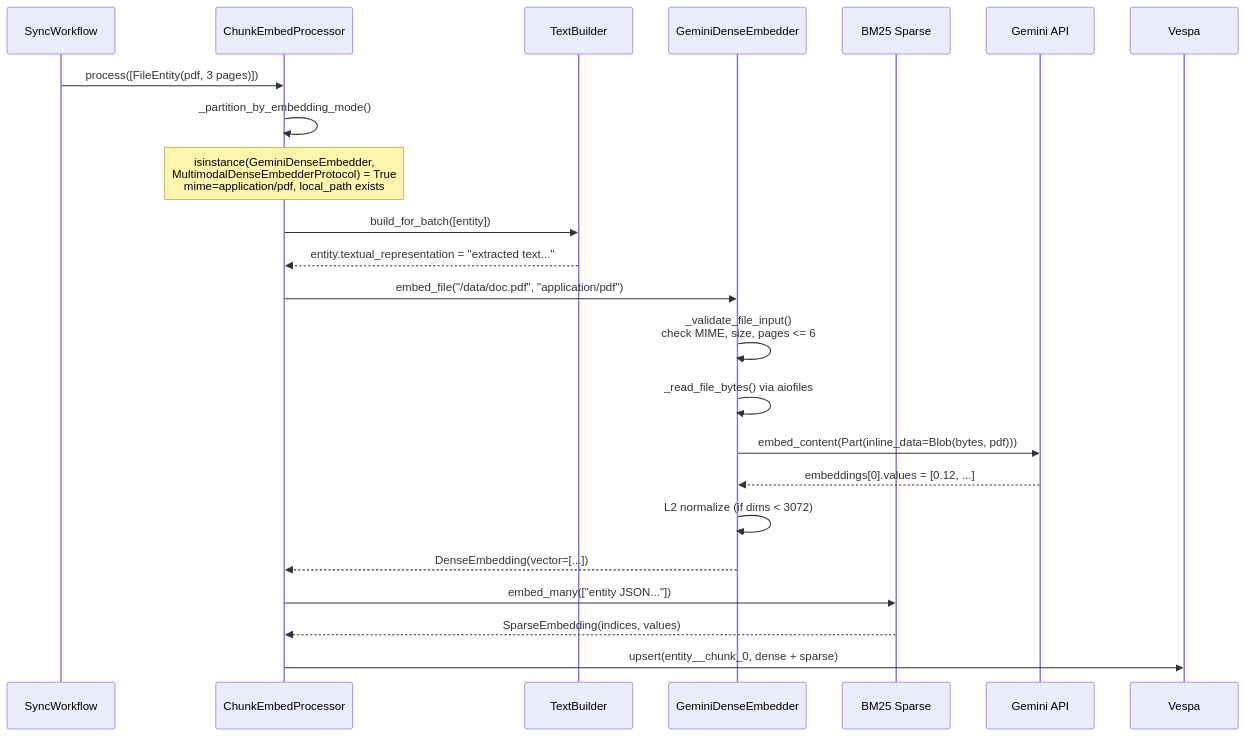
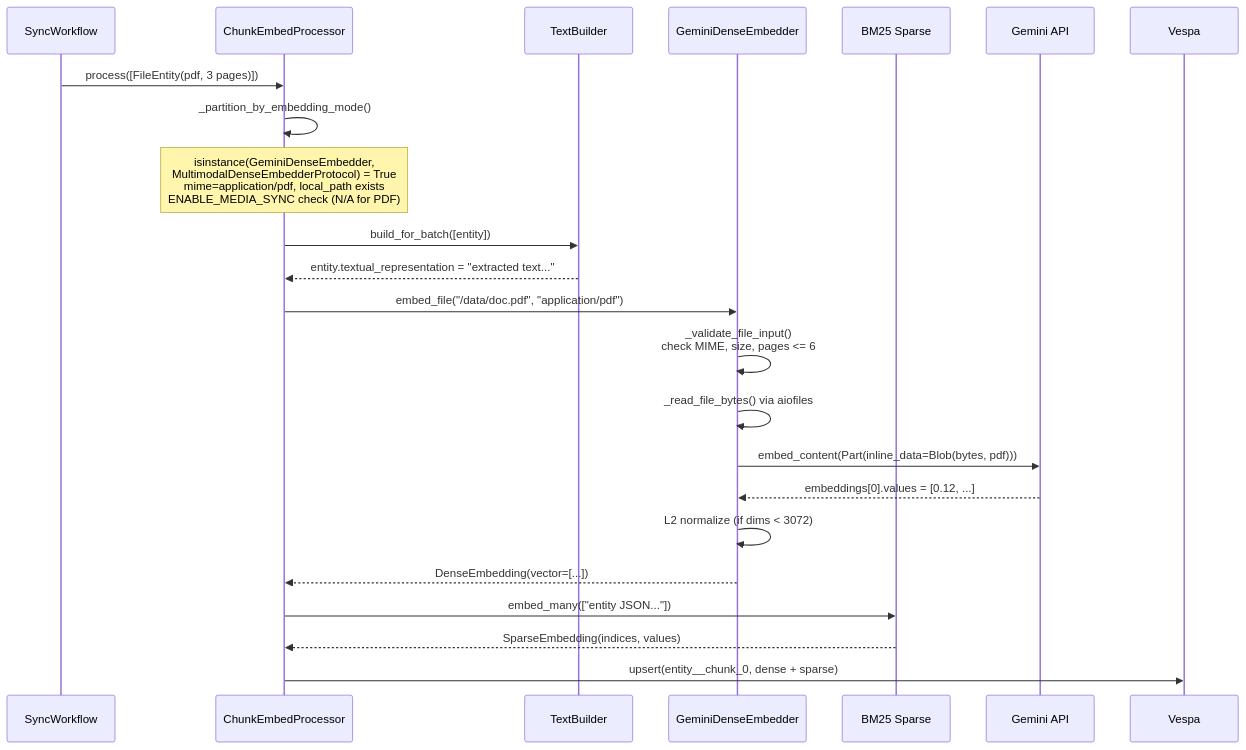
The fifth of 10 diagrams in docs/gemini-embedding-2/README.md (airweave-ai/airweave), drawn with Mermaid before and after one commit. The commit also changed other lines of this file and 6 other files, not shown here.

````diff
--- a/docs/gemini-embedding-2/README.md
+++ b/docs/gemini-embedding-2/README.md
@@ -116,30 +181,30 @@
 ```mermaid
 sequenceDiagram
     participant W as SyncWorkflow
     participant CE as ChunkEmbedProcessor
     participant TB as TextBuilder
     participant GE as GeminiDenseEmbedder
     participant SE as BM25 Sparse
     participant API as Gemini API
     participant V as Vespa
 
     W->>CE: process([FileEntity(pdf, 3 pages)])
     CE->>CE: _partition_by_embedding_mode()
-    Note over CE: isinstance(GeminiDenseEmbedder,<br/>MultimodalDenseEmbedderProtocol) = True<br/>mime=application/pdf, local_path exists
+    Note over CE: isinstance(GeminiDenseEmbedder,<br/>MultimodalDenseEmbedderProtocol) = True<br/>mime=application/pdf, local_path exists<br/>ENABLE_MEDIA_SYNC check (N/A for PDF)
 
     CE->>TB: build_for_batch([entity])
     TB-->>CE: entity.textual_representation = "extracted text..."
 
     CE->>GE: embed_file("/data/doc.pdf", "application/pdf")
     GE->>GE: _validate_file_input()<br/>check MIME, size, pages <= 6
     GE->>GE: _read_file_bytes() via aiofiles
     GE->>API: embed_content(Part(inline_data=Blob(bytes, pdf)))
     API-->>GE: embeddings[0].values = [0.12, ...]
     GE->>GE: L2 normalize (if dims < 3072)
     GE-->>CE: DenseEmbedding(vector=[...])
 
     CE->>SE: embed_many(["entity JSON..."])
     SE-->>CE: SparseEmbedding(indices, values)
 
     CE->>V: upsert(entity__chunk_0, dense + sparse)
 ```
````
